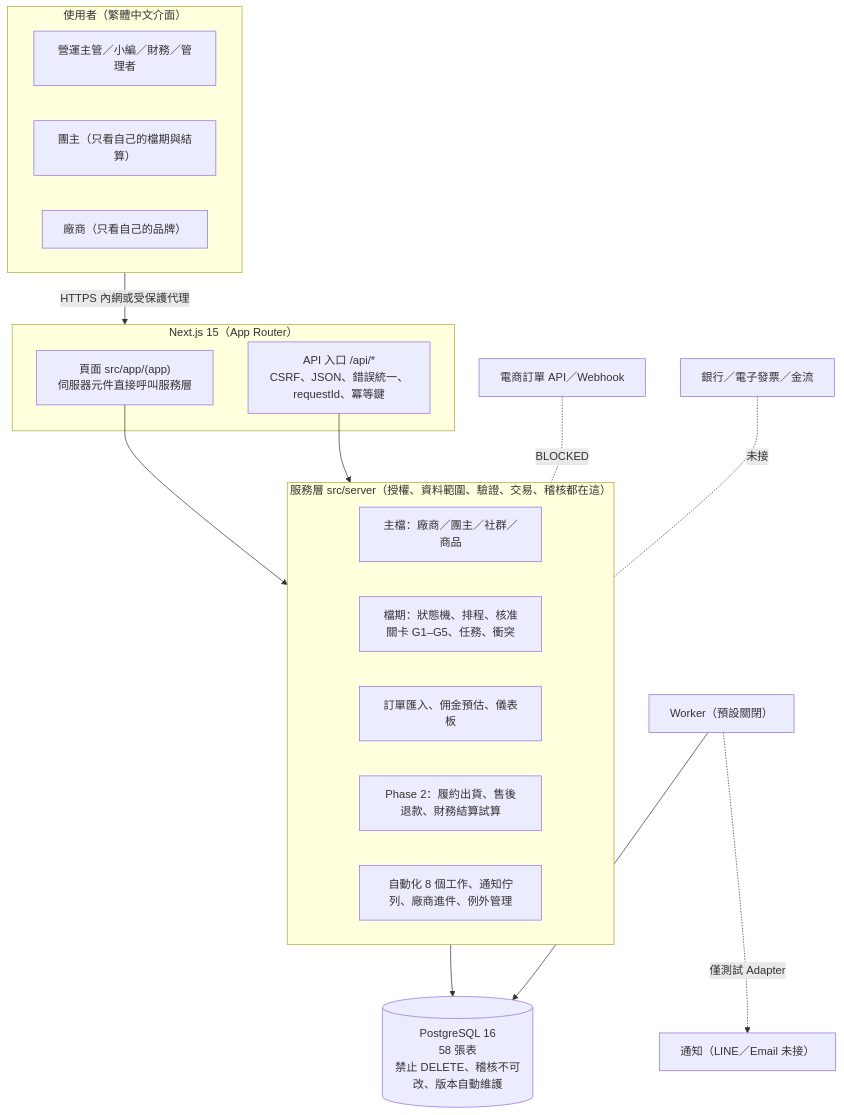
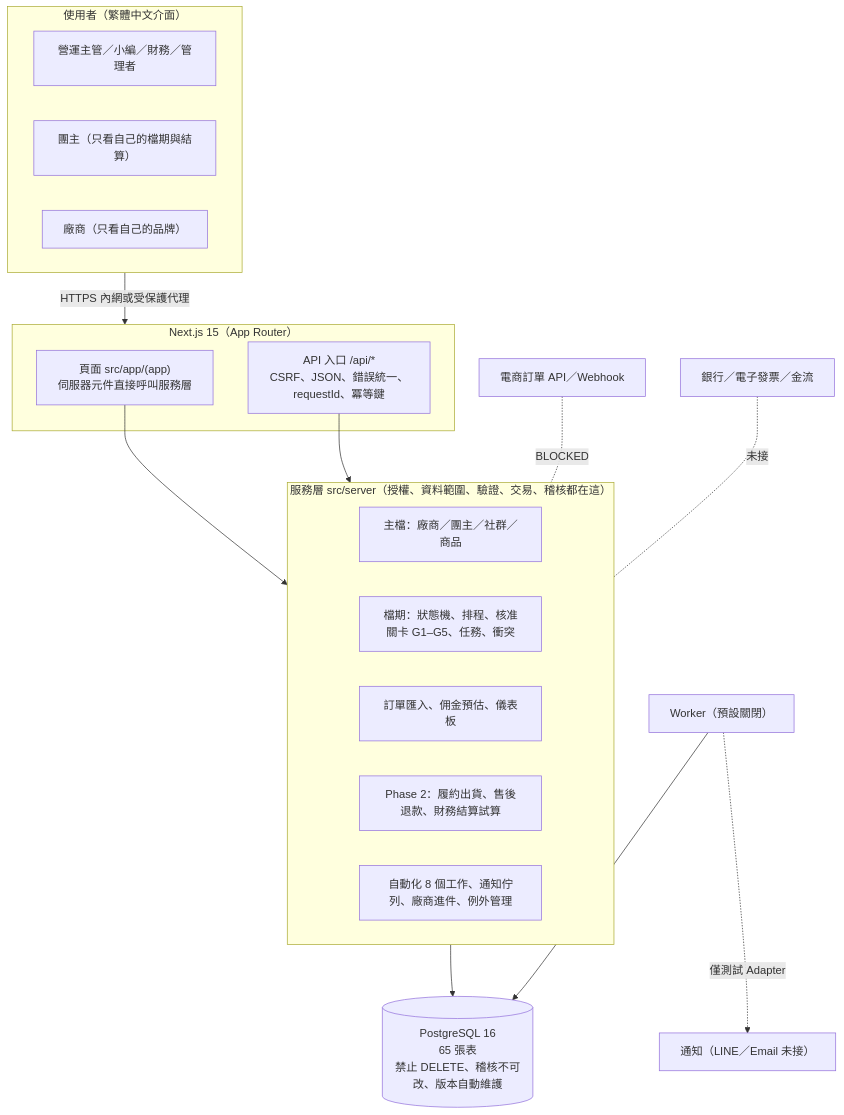
The first of 3 diagrams in README.md (ws19135/group-buying-operations), drawn with Mermaid before and after one commit. The commit also changed other lines of this file and 58 other files, not shown here.

````diff
--- a/README.md
+++ b/README.md
@@ -38,27 +38,27 @@
 ```mermaid
 flowchart TB
   subgraph Users["使用者（繁體中文介面）"]
     A1["營運主管／小編／財務／管理者"]
     A2["團主（只看自己的檔期與結算）"]
     A3["廠商（只看自己的品牌）"]
   end
   Users -->|HTTPS 內網或受保護代理| Web
   subgraph Web["Next.js 15（App Router）"]
     P["頁面 src/app/(app)<br/>伺服器元件直接呼叫服務層"]
     R["API 入口 /api/*<br/>CSRF、JSON、錯誤統一、requestId、冪等鍵"]
   end
   P --> S
   R --> S
   subgraph S["服務層 src/server（授權、資料範圍、驗證、交易、稽核都在這）"]
     M1["主檔：廠商／團主／社群／商品"]
     M2["檔期：狀態機、排程、核准關卡 G1–G5、任務、衝突"]
     M3["訂單匯入、佣金預估、儀表板"]
     M4["Phase 2：履約出貨、售後退款、財務結算試算"]
     M5["自動化 8 個工作、通知佇列、廠商進件、例外管理"]
   end
-  S --> DB[("PostgreSQL 16<br/>58 張表<br/>禁止 DELETE、稽核不可改、版本自動維護")]
+  S --> DB[("PostgreSQL 16<br/>65 張表<br/>禁止 DELETE、稽核不可改、版本自動維護")]
   W["Worker（預設關閉）"] --> DB
   W -.->|僅測試 Adapter| N["通知（LINE／Email 未接）"]
   X1["電商訂單 API／Webhook"] -.-|BLOCKED| S
   X2["銀行／電子發票／金流"] -.-|未接| S
 ```
````
